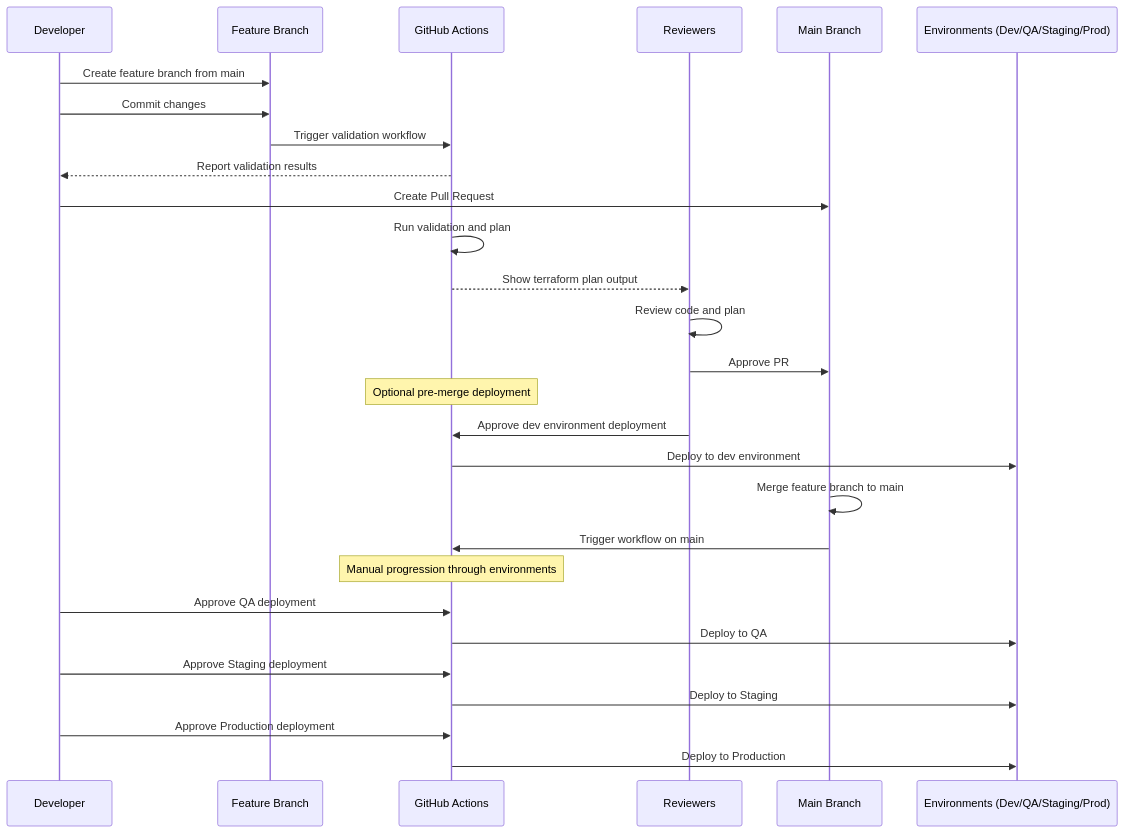
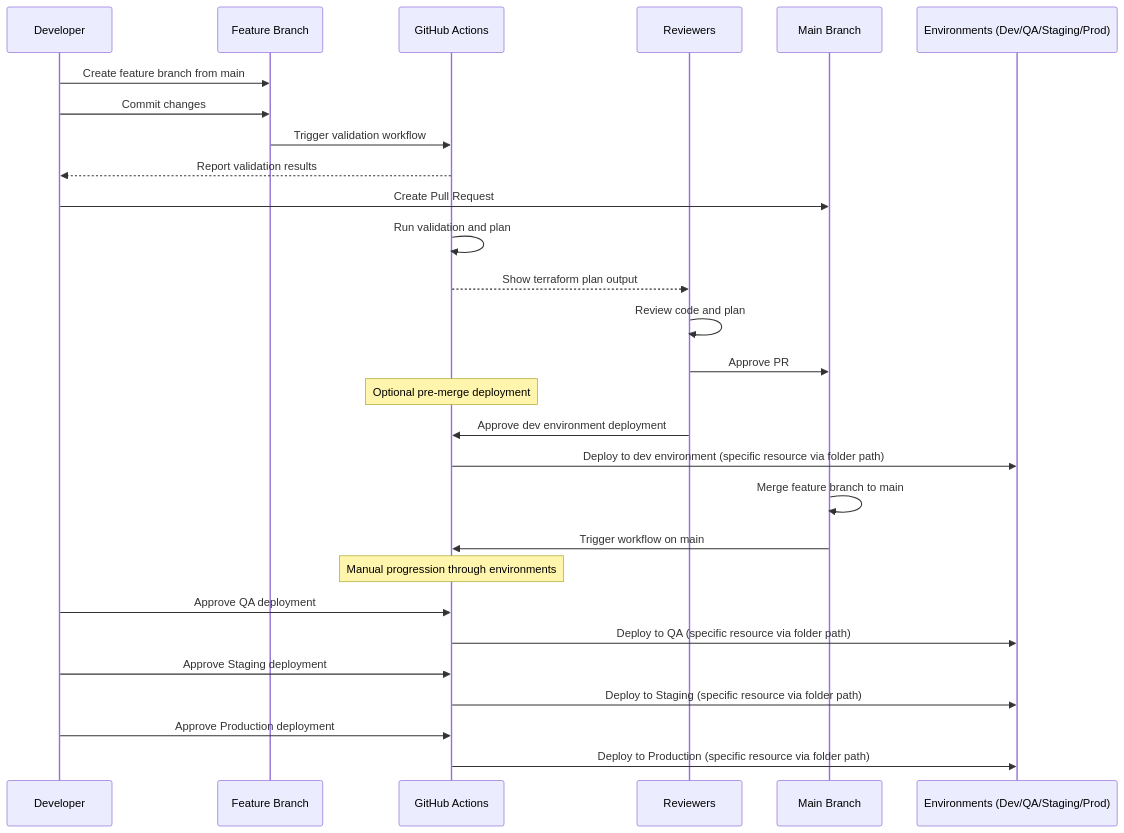
One commit to remmyisbobga/manual-ga changed the diagram in iac_workflow.md. Above: the diagram before and after it, drawn with Mermaid. The commit also changed other lines of this file, not shown here.

````diff
--- a/iac_workflow.md
+++ b/iac_workflow.md
@@ -160,35 +182,35 @@
 ```mermaid
 sequenceDiagram
     participant D as Developer
     participant FB as Feature Branch
     participant CI as GitHub Actions
     participant R as Reviewers
     participant MB as Main Branch
     participant E as Environments (Dev/QA/Staging/Prod)
     
     D->>FB: Create feature branch from main
     D->>FB: Commit changes
     FB->>CI: Trigger validation workflow
     CI-->>D: Report validation results
     
     D->>MB: Create Pull Request
     CI->>CI: Run validation and plan
     CI-->>R: Show terraform plan output
     R->>R: Review code and plan
     R->>MB: Approve PR
     
     Note over CI: Optional pre-merge deployment
     R->>CI: Approve dev environment deployment
-    CI->>E: Deploy to dev environment
+    CI->>E: Deploy to dev environment (specific resource via folder path)
     
     MB->>MB: Merge feature branch to main
     MB->>CI: Trigger workflow on main
     
     Note over CI: Manual progression through environments
     D->>CI: Approve QA deployment
-    CI->>E: Deploy to QA
+    CI->>E: Deploy to QA (specific resource via folder path)
     D->>CI: Approve Staging deployment
-    CI->>E: Deploy to Staging
+    CI->>E: Deploy to Staging (specific resource via folder path)
     D->>CI: Approve Production deployment
-    CI->>E: Deploy to Production
+    CI->>E: Deploy to Production (specific resource via folder path)
 ```
````
